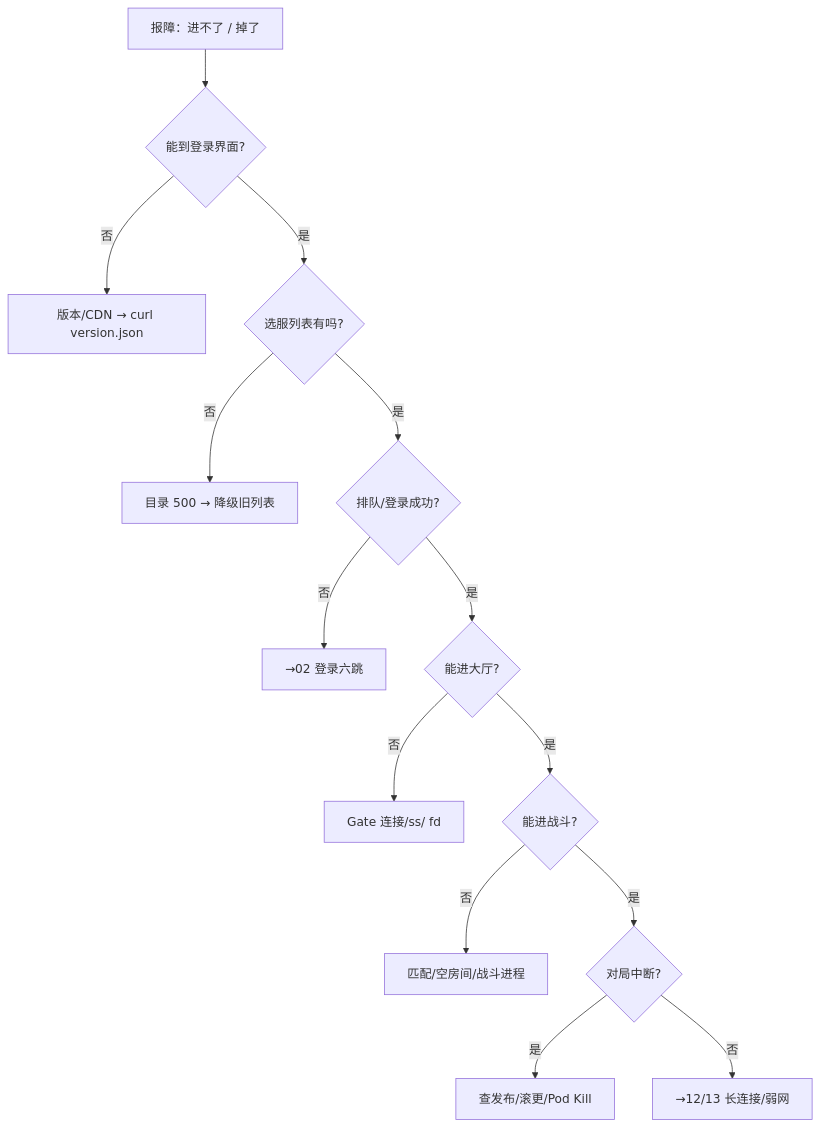
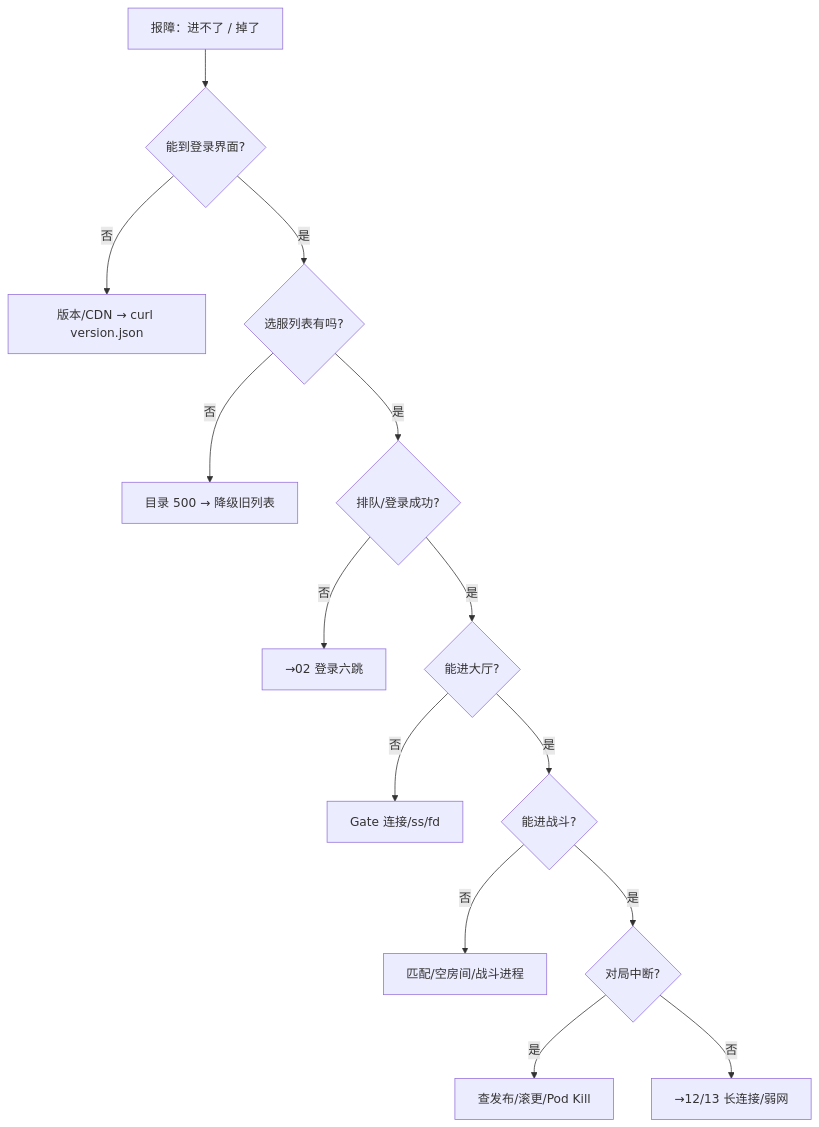
Before and after one commit to ml-cuizijun/LearnToLilith: diagram 12 of 12 in 07-游戏运维专题/01-游戏服务器架构/知识点.md, drawn with Mermaid. The commit also changed other lines of this file and 178 other files, not shown here.

````diff
--- a/07-游戏运维专题/01-游戏服务器架构/知识点.md
+++ b/07-游戏运维专题/01-游戏服务器架构/知识点.md
@@ -528,16 +538,16 @@
 ```mermaid
 flowchart TD
     START["报障：进不了 / 掉了"] --> Q1{"能到登录界面?"}
     Q1 -->|否| V["版本/CDN → curl version.json"]
     Q1 -->|是| Q2{"选服列表有吗?"}
     Q2 -->|否| DIR["目录 500 → 降级旧列表"]
     Q2 -->|是| Q3{"排队/登录成功?"}
     Q3 -->|否| LOGIN["→02 登录六跳"]
     Q3 -->|是| Q4{"能进大厅?"}
-    Q4 -->|否| GATE["Gate 连接/ss/ fd"]
+    Q4 -->|否| GATE["Gate 连接/ss/fd"]
     Q4 -->|是| Q5{"能进战斗?"}
     Q5 -->|否| MATCH["匹配/空房间/战斗进程"]
     Q5 -->|是| Q6{"对局中断?"}
     Q6 -->|是| PUB["查发布/滚更/Pod Kill"]
     Q6 -->|否| NET["→12/13 长连接/弱网"]
 ```
````
